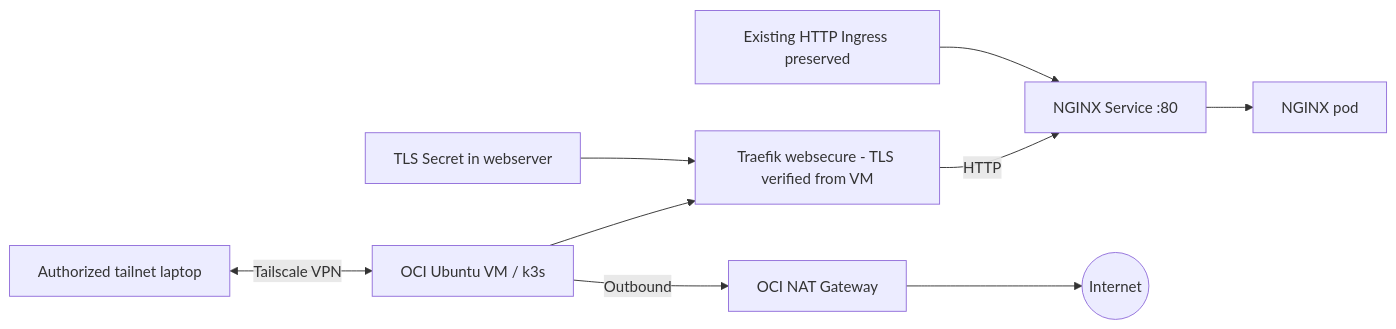
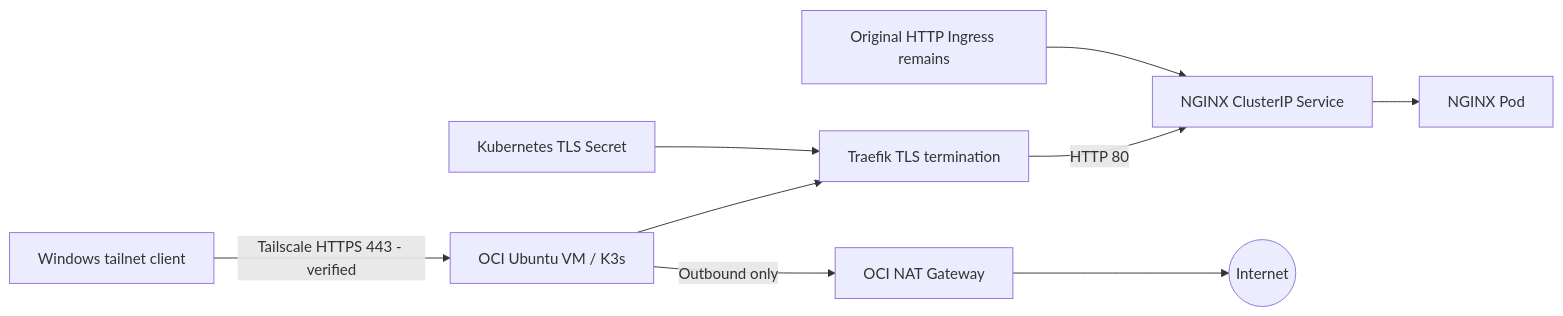
Before and after one commit to S0tallySabl3/kubernetes: the diagram in secure-kubernetes-homelab-oracle-cloud-updated(1)/secure-kubernetes-homelab/README.md, drawn with Mermaid. The commit also changed other lines of this file and 21 other files, not shown here.

````diff
--- a/secure-kubernetes-homelab-oracle-cloud-updated(1)/secure-kubernetes-homelab/README.md
+++ b/secure-kubernetes-homelab-oracle-cloud-updated(1)/secure-kubernetes-homelab/README.md
@@ -9,11 +9,11 @@
 ```mermaid
 flowchart LR
-  Laptop[Authorized tailnet laptop] <-->|Tailscale VPN| VM[OCI Ubuntu VM / k3s]
-  VM --> Traefik[Traefik websecure - TLS verified from VM]
-  TLS[TLS Secret in webserver] --> Traefik
-  Traefik -->|HTTP| Service[NGINX Service :80]
-  Service --> NGINX[NGINX pod]
-  HTTP[Existing HTTP Ingress preserved] --> Service
-  VM -->|Outbound| NAT[OCI NAT Gateway]
+  Windows[Windows tailnet client] -->|Tailscale HTTPS 443 - verified| VM[OCI Ubuntu VM / K3s]
+  VM --> Traefik[Traefik TLS termination]
+  TLS[Kubernetes TLS Secret] --> Traefik
+  Traefik -->|HTTP 80| S[NGINX ClusterIP Service]
+  S --> N[NGINX Pod]
+  Original[Original HTTP Ingress remains] --> S
+  VM -->|Outbound only| NAT[OCI NAT Gateway]
   NAT --> Internet((Internet))
 ```
````
